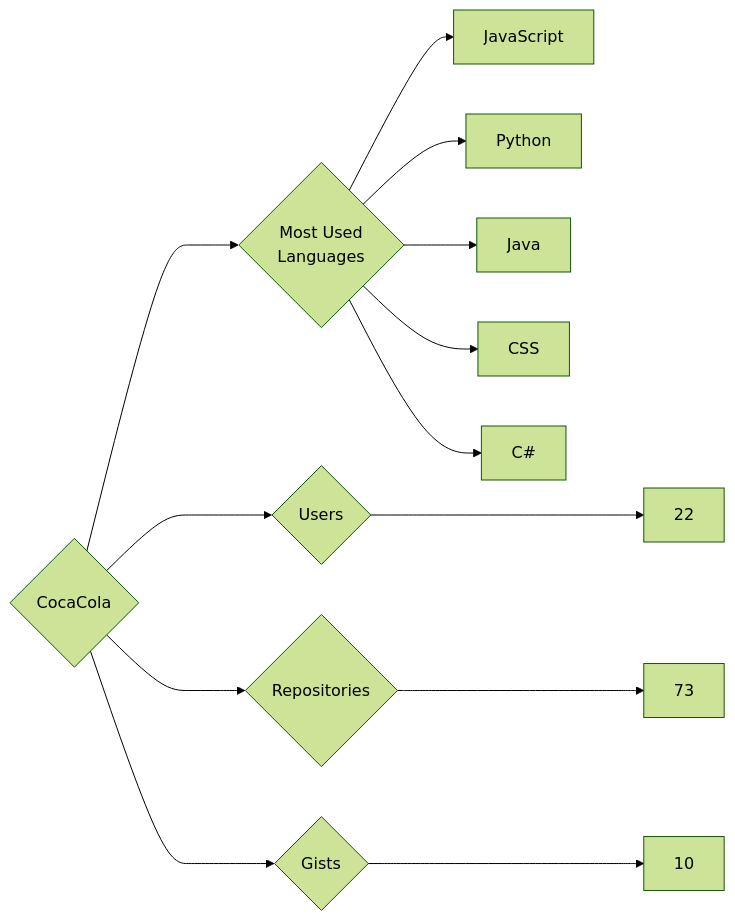
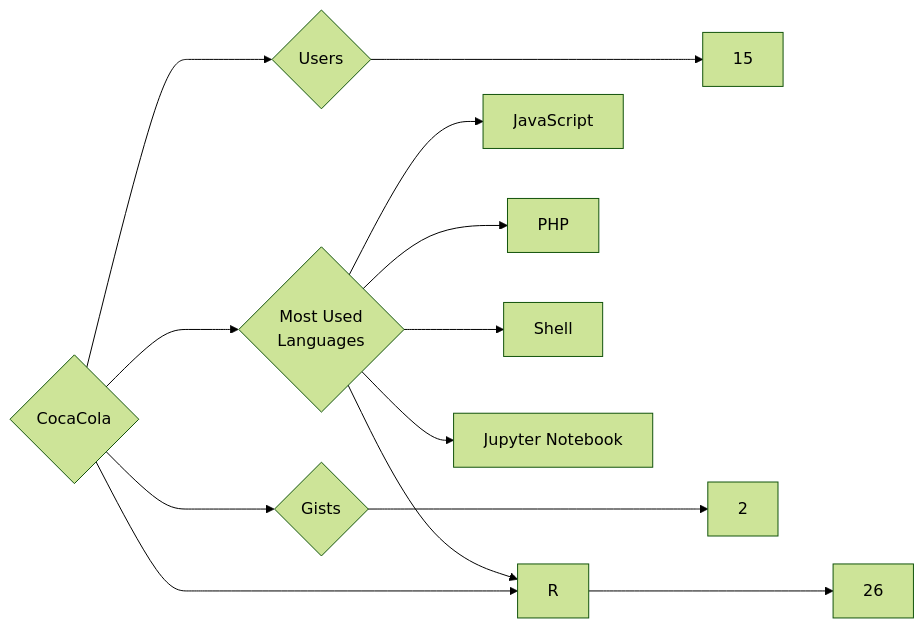
Before and after one commit to trickest/insiders: the diagram in targets/CocaCola/README.md, drawn with Mermaid (forest theme). The commit also changed 757 other files, not shown here.

````diff
--- a/targets/CocaCola/README.md
+++ b/targets/CocaCola/README.md
@@ -3,13 +3,13 @@
 ```mermaid
 graph LR
 COMPANY_NAME{CocaCola}
-COMPANY_NAME ---> U{Users} ---> UN[22]
-COMPANY_NAME ---> R{Repositories} ---> RN[73]
-COMPANY_NAME ---> G{Gists} ---> GN[10]
+COMPANY_NAME ---> U{Users} ---> UN[15]
+COMPANY_NAME ---> R{Repositories} ---> RN[26]
+COMPANY_NAME ---> G{Gists} ---> GN[2]
 COMPANY_NAME ---> ML{Most Used<br>Languages}
 ML --> JavaScript[JavaScript]
-ML --> Python[Python]
-ML --> Java[Java]
-ML --> CSS[CSS]
-ML --> C#[C#]
+ML --> PHP[PHP]
+ML --> Shell[Shell]
+ML --> R[R]
+ML --> Jupyter_Notebook[Jupyter Notebook]
 ```
````
